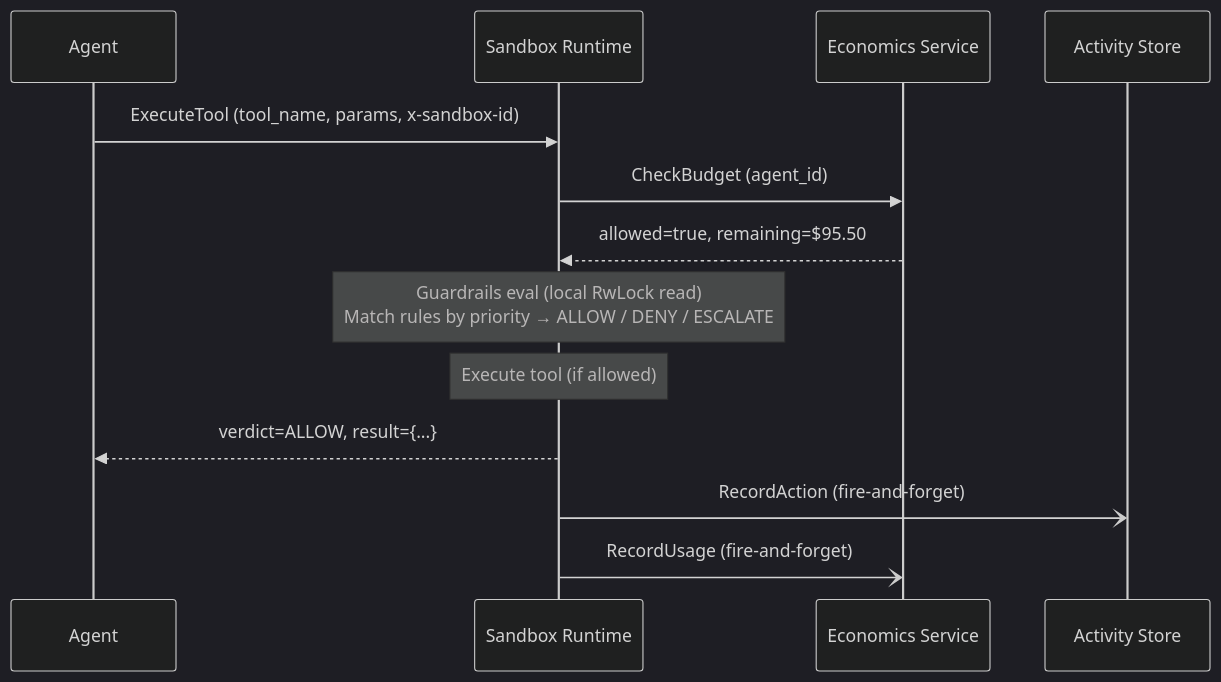
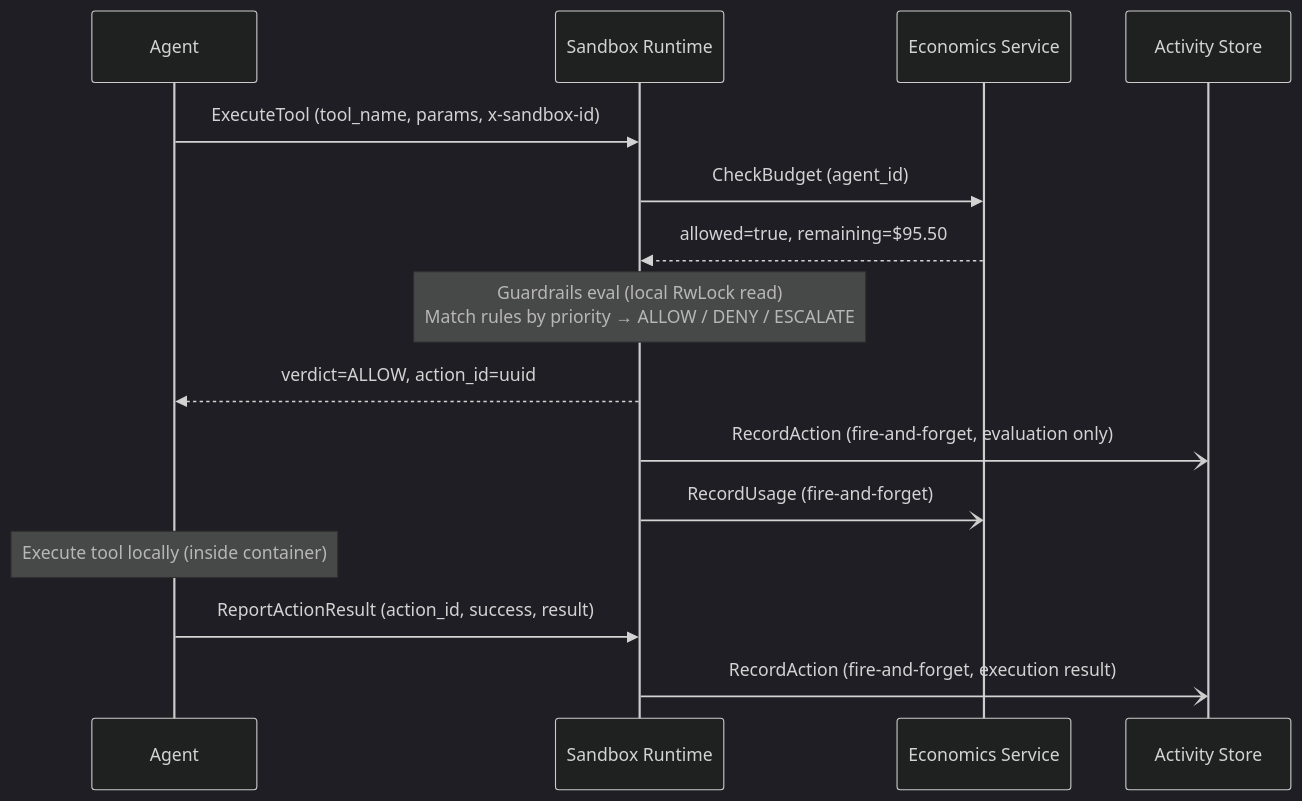
Before and after one commit to Baselyne-Systems/agent-sandbox-platform: the third of 4 diagrams in README.md, drawn with Mermaid (dark theme). The commit also changed other lines of this file and 30 other files, not shown here.

````diff
--- a/README.md
+++ b/README.md
@@ -95,16 +98,19 @@
 ```mermaid
 sequenceDiagram
     participant Agent
     participant RT as Sandbox Runtime
     participant Econ as Economics Service
     participant Act as Activity Store
 
     Agent->>RT: ExecuteTool (tool_name, params, x-sandbox-id)
     RT->>Econ: CheckBudget (agent_id)
     Econ-->>RT: allowed=true, remaining=$95.50
     Note over RT: Guardrails eval (local RwLock read)<br/>Match rules by priority → ALLOW / DENY / ESCALATE
-    Note over RT: Execute tool (if allowed)
-    RT-->>Agent: verdict=ALLOW, result={...}
-    RT-)Act: RecordAction (fire-and-forget)
+    RT-->>Agent: verdict=ALLOW, action_id=uuid
+    RT-)Act: RecordAction (fire-and-forget, evaluation only)
     RT-)Econ: RecordUsage (fire-and-forget)
+
+    Note over Agent: Execute tool locally (inside container)
+    Agent->>RT: ReportActionResult (action_id, success, result)
+    RT-)Act: RecordAction (fire-and-forget, execution result)
 ```
````
